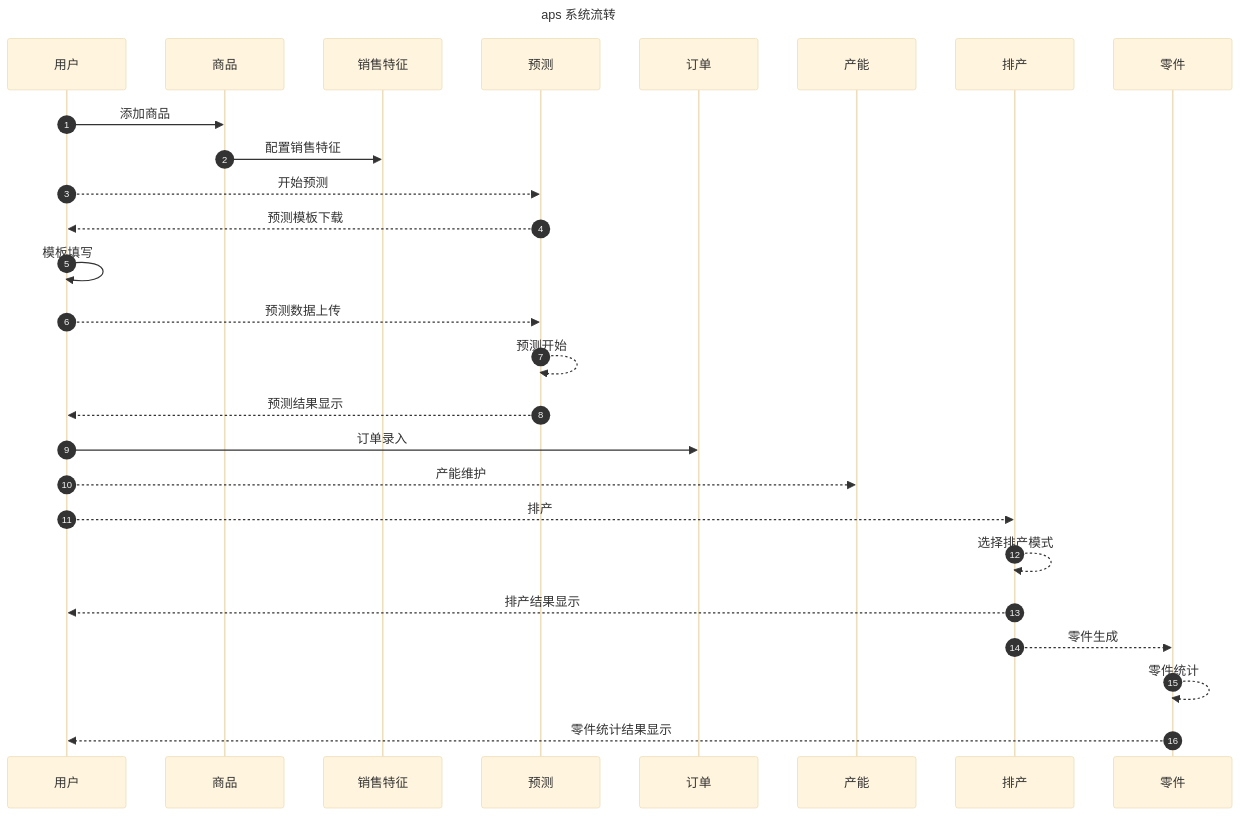
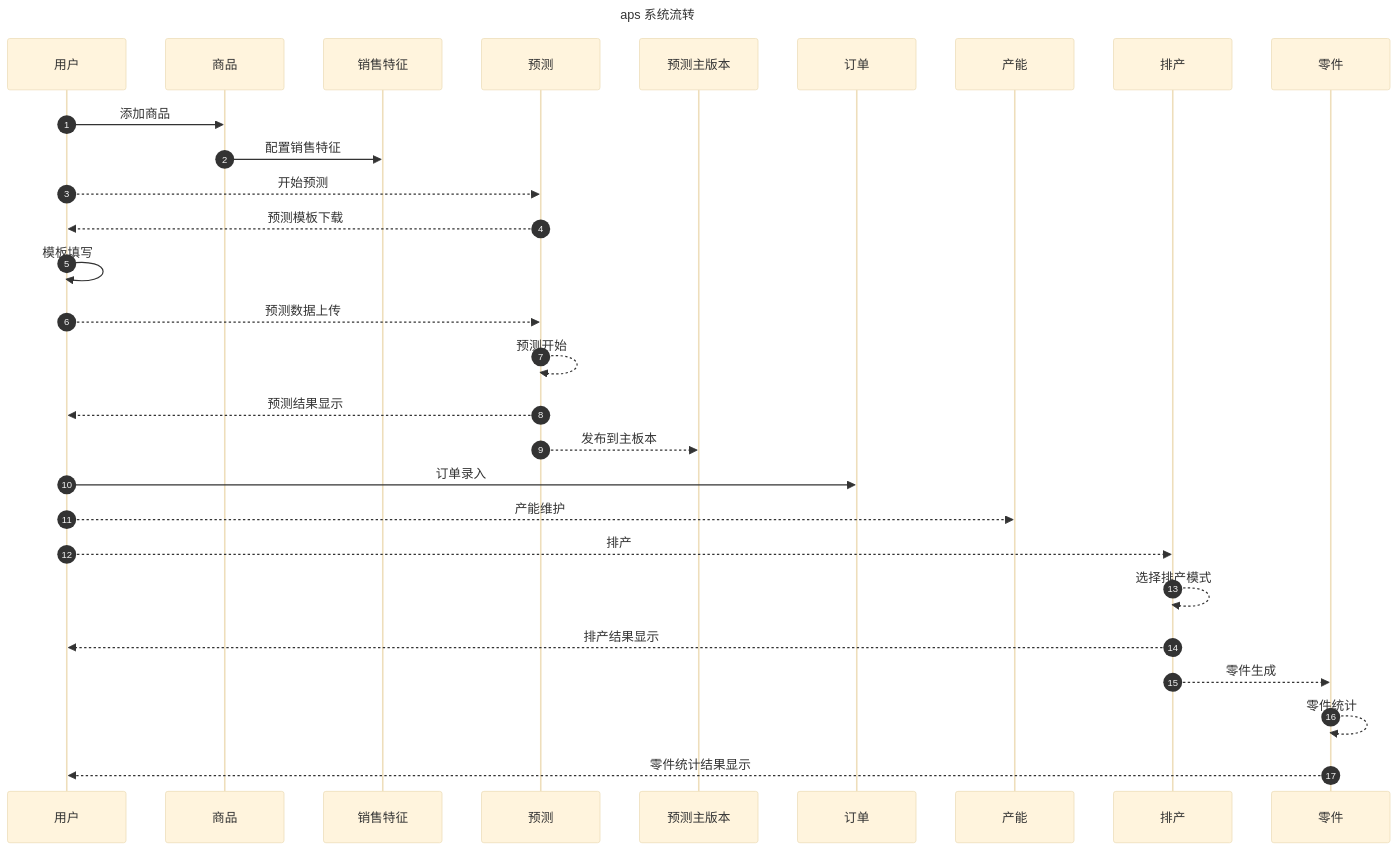
One commit to fca197/aps-inventory-sales changed the diagram in doc/md/aps.md. Above: the diagram before and after it, drawn with Mermaid (base theme).

Commit message:
20240329 - 预测版本上传及预览

````diff
--- a/doc/md/aps.md
+++ b/doc/md/aps.md
@@ -3,30 +3,32 @@
 ```mermaid
 sequenceDiagram 
 autonumber
 title: aps 系统流转
 participant U as 用户
 participant G as 商品
 participant SG as 销售特征
 participant F as 预测
+participant FM as 预测主版本
 participant O as  订单
 participant CN as  产能
 participant P as  排产
 participant PART as  零件
 
 U->>G: 添加商品
 G->>SG: 配置销售特征
 U-->>F: 开始预测
 F-->>U: 预测模板下载
 U->>U: 模板填写
 U-->>F: 预测数据上传
 F-->>F: 预测开始
 F-->>U: 预测结果显示
+F-->>FM: 发布到主板本
 U->>O: 订单录入 
 U-->>CN: 产能维护
 U-->>P: 排产
 P-->>P: 选择排产模式
 P-->>U: 排产结果显示
 P-->>PART: 零件生成
 PART-->>PART: 零件统计
 PART-->>U: 零件统计结果显示
 ``` 
````
